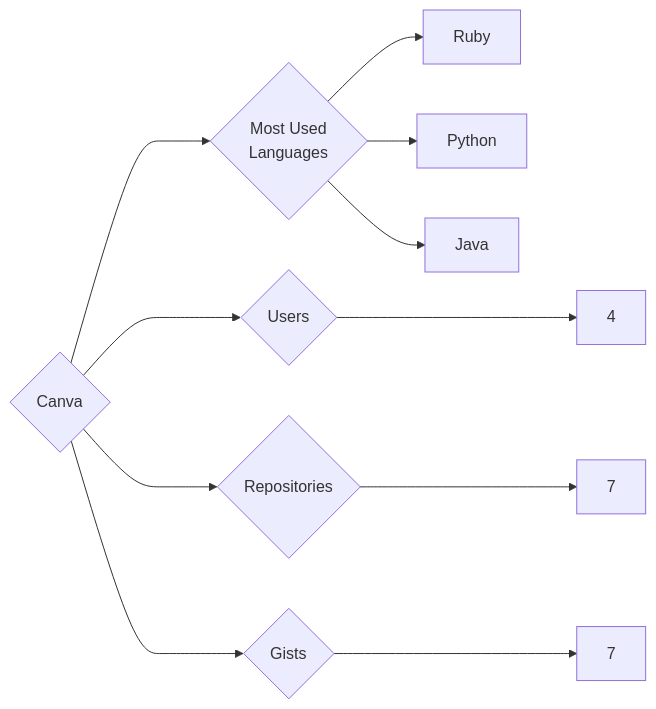
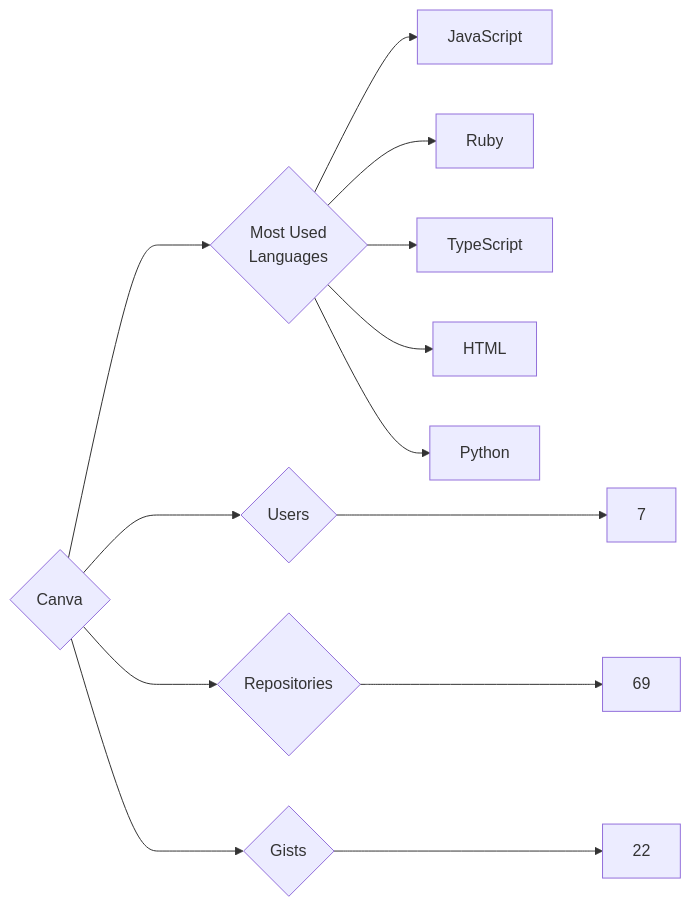
The diagram in targets/Canva/README.md (trickest/insiders), drawn with Mermaid before and after one commit. The commit also changed 1055 other files, not shown here.

````diff
--- a/targets/Canva/README.md
+++ b/targets/Canva/README.md
@@ -3,11 +3,13 @@
 ```mermaid
 graph LR
 COMPANY_NAME{Canva}
-COMPANY_NAME ---> U{Users} ---> UN[4]
-COMPANY_NAME ---> R{Repositories} ---> RN[7]
-COMPANY_NAME ---> G{Gists} ---> GN[7]
+COMPANY_NAME ---> U{Users} ---> UN[7]
+COMPANY_NAME ---> R{Repositories} ---> RN[69]
+COMPANY_NAME ---> G{Gists} ---> GN[22]
 COMPANY_NAME ---> ML{Most Used<br>Languages}
+ML --> JavaScript[JavaScript]
 ML --> Ruby[Ruby]
+ML --> TypeScript[TypeScript]
+ML --> HTML[HTML]
 ML --> Python[Python]
-ML --> Java[Java]
 ```
````
